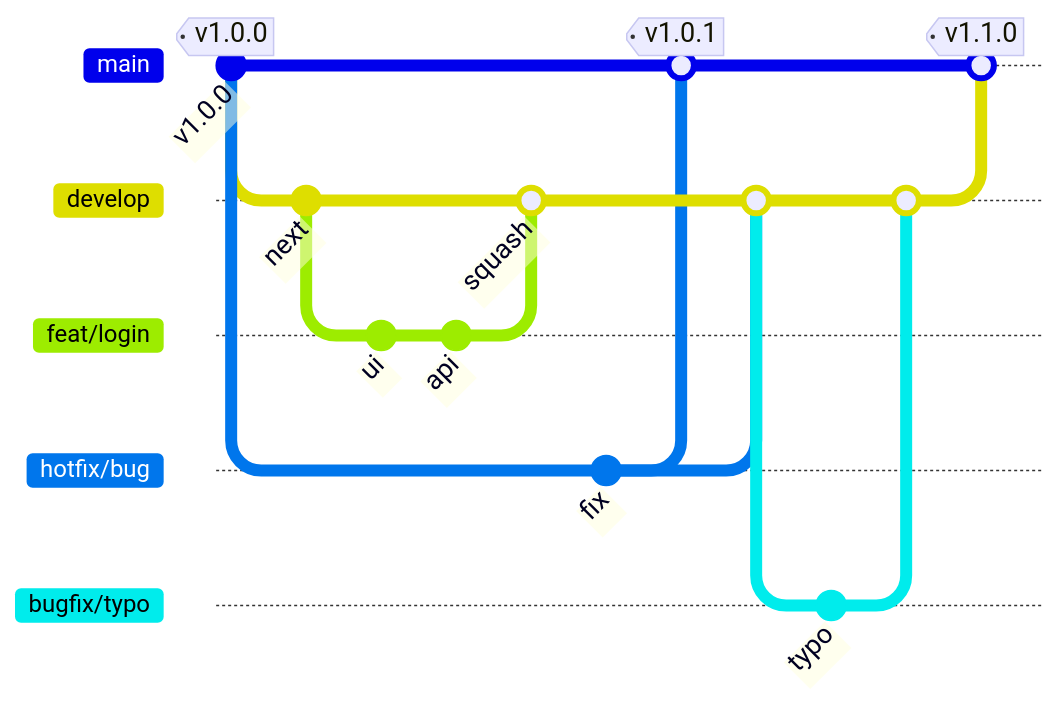
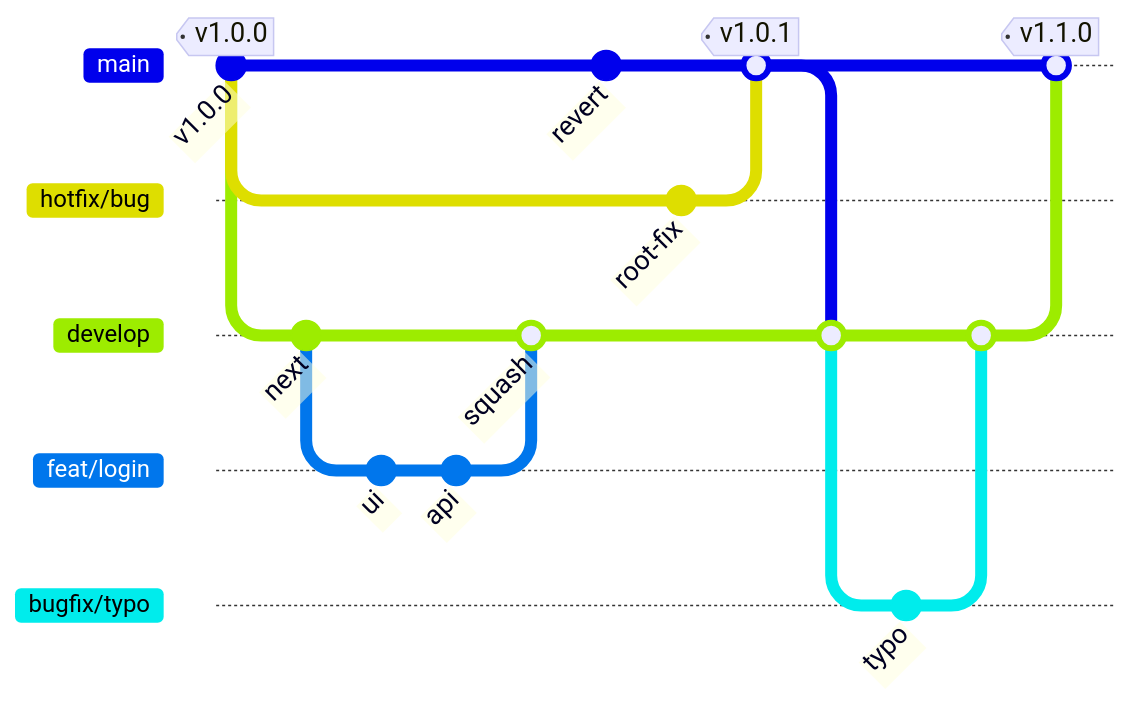
The first of 2 diagrams in posts/2026-05-25-git-development-flow/index.qmd (RyoNakagami/regmonkey-presentation), drawn with Mermaid before and after one commit. The commit also changed other lines of this file and 2 other files, not shown here.

````diff
--- a/posts/2026-05-25-git-development-flow/index.qmd
+++ b/posts/2026-05-25-git-development-flow/index.qmd
@@ -314,43 +314,44 @@
 ```{mermaid}
 %%| fig-width: 22
 %%| fig-height: 22
 %%{ init: {
     'theme': 'default',
     'themeVariables': {
         'fontFamily': 'Meiryo',
         'commitLabelFontSize': '18px',
         'tagLabelFontSize': '18px'
     },
     'gitGraph': {
         'orientation': 'LR',
         'nodeSpacing': 80,
         'mainBranchName': 'main'
     }
 } }%%
 gitGraph
    commit id: "v1.0.0" tag: "v1.0.0"
+   branch hotfix/bug
    branch develop
    checkout develop
    commit id: "next"
    branch feat/login
    checkout feat/login
    commit id: "ui"
    commit id: "api"
    checkout develop
    merge feat/login id: "squash"
    checkout main
-   branch hotfix/bug
+   commit id: "revert"
    checkout hotfix/bug
-   commit id: "fix"
+   commit id: "root-fix"
    checkout main
    merge hotfix/bug tag: "v1.0.1"
    checkout develop
-   merge hotfix/bug
+   merge main
    branch bugfix/typo
    checkout bugfix/typo
    commit id: "typo"
    checkout develop
    merge bugfix/typo
    checkout main
    merge develop tag: "v1.1.0"
 ```
````
